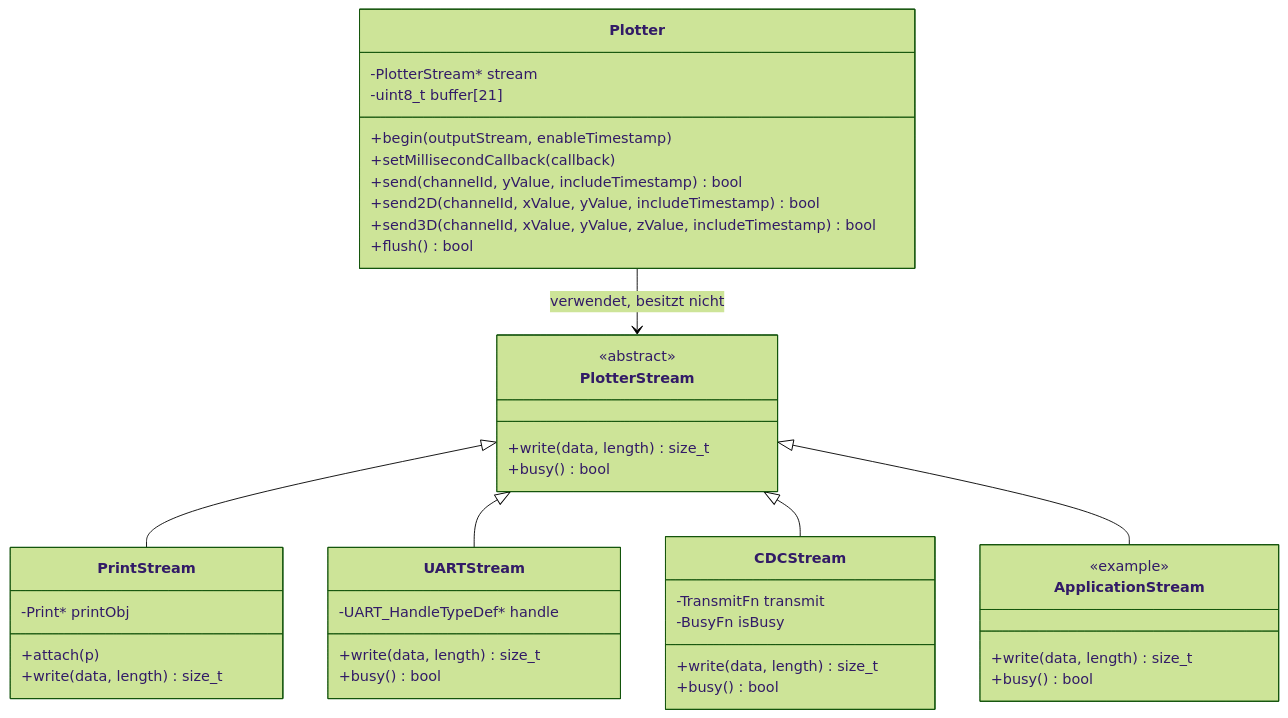
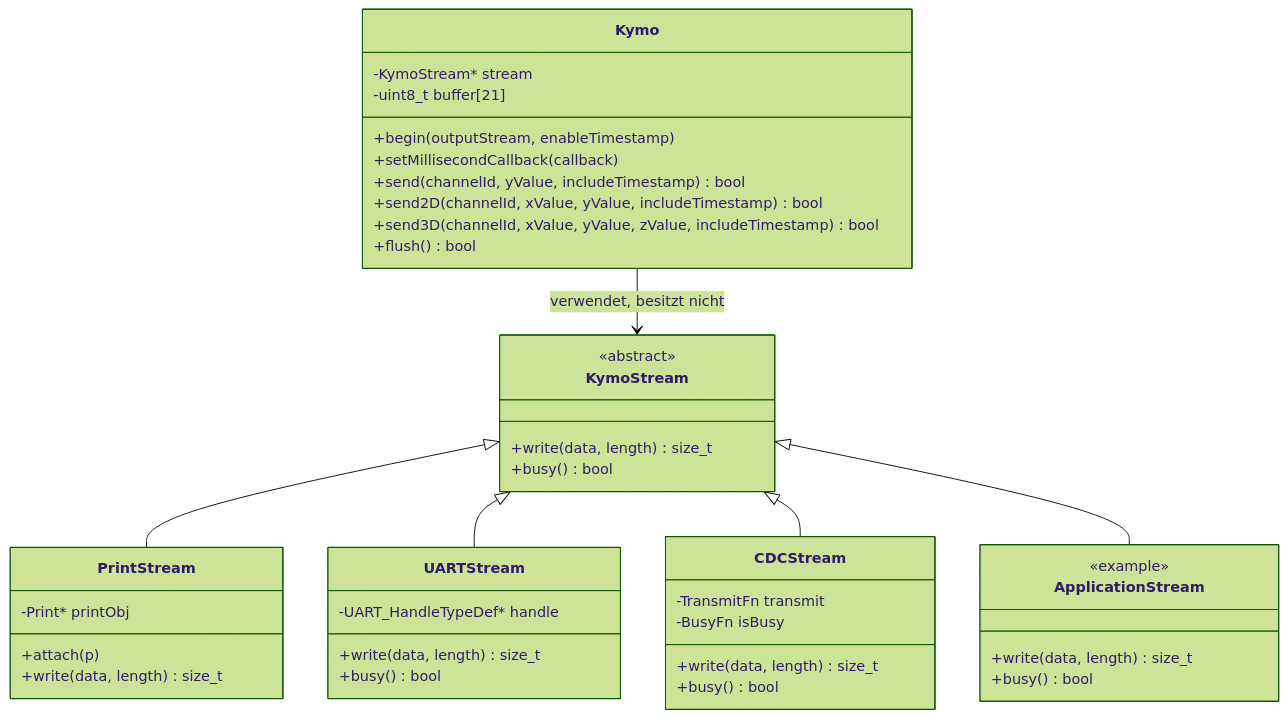
One commit to CodeName-666/kymoprobe changed the fourth of 5 diagrams in README.md. Above: the diagram before and after it, drawn with Mermaid (forest theme). The commit also changed other lines of this file and 110 other files, not shown here.

````diff
--- a/README.md
+++ b/README.md
@@ -238,44 +238,44 @@
 ```mermaid
 classDiagram
-    class Plotter {
-        -PlotterStream* stream
+    class Kymo {
+        -KymoStream* stream
         -uint8_t buffer[21]
         +begin(outputStream, enableTimestamp)
         +setMillisecondCallback(callback)
         +send(channelId, yValue, includeTimestamp) bool
         +send2D(channelId, xValue, yValue, includeTimestamp) bool
         +send3D(channelId, xValue, yValue, zValue, includeTimestamp) bool
         +flush() bool
     }
-    class PlotterStream {
+    class KymoStream {
         <<abstract>>
         +write(data, length) size_t
         +busy() bool
     }
     class PrintStream {
         -Print* printObj
         +attach(p)
         +write(data, length) size_t
     }
     class UARTStream {
         -UART_HandleTypeDef* handle
         +write(data, length) size_t
         +busy() bool
     }
     class CDCStream {
         -TransmitFn transmit
         -BusyFn isBusy
         +write(data, length) size_t
         +busy() bool
     }
     class ApplicationStream {
         <<example>>
         +write(data, length) size_t
         +busy() bool
     }
-    Plotter --> PlotterStream : verwendet, besitzt nicht
-    PlotterStream <|-- PrintStream
-    PlotterStream <|-- UARTStream
-    PlotterStream <|-- CDCStream
-    PlotterStream <|-- ApplicationStream
+    Kymo --> KymoStream : verwendet, besitzt nicht
+    KymoStream <|-- PrintStream
+    KymoStream <|-- UARTStream
+    KymoStream <|-- CDCStream
+    KymoStream <|-- ApplicationStream
 ```
````
